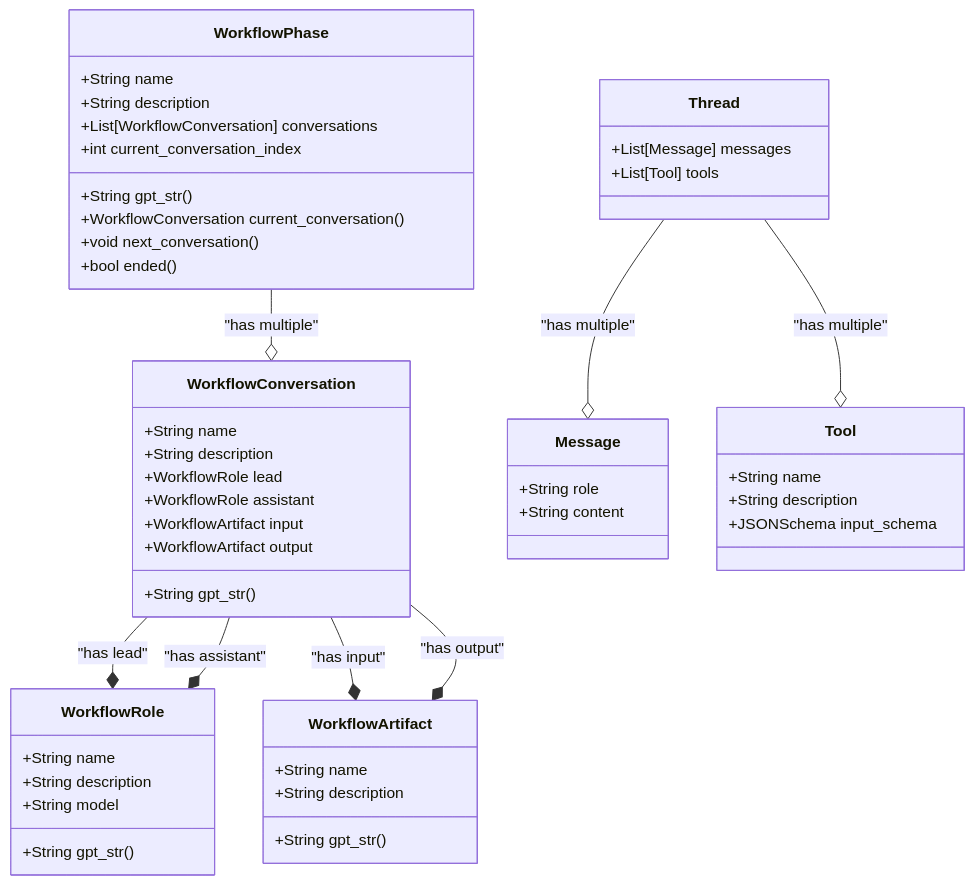
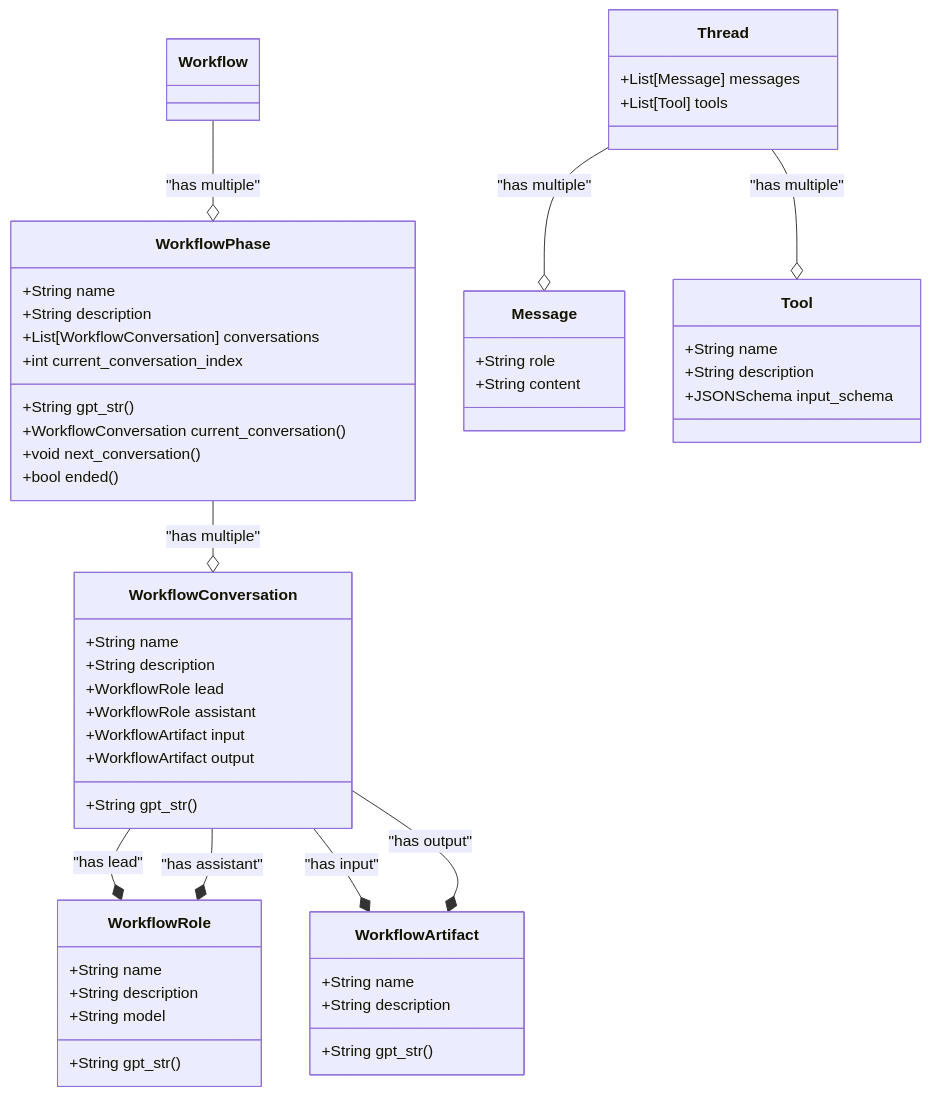
One commit to SKruegel04/chatdev changed the second of 2 diagrams in docs/entities.md. Above: the diagram before and after it, drawn with Mermaid. The commit also changed other lines of this file and 30 other files, not shown here.

````diff
--- a/docs/entities.md
+++ b/docs/entities.md
@@ -18,63 +18,64 @@
 ```mermaid
 classDiagram
 
     class WorkflowRole {
         +String name
         +String description
         +String model
         +String gpt_str()
     }
 
     class WorkflowArtifact {
         +String name
         +String description
         +String gpt_str()
     }
 
     class WorkflowConversation {
         +String name
         +String description
         +WorkflowRole lead
         +WorkflowRole assistant
         +WorkflowArtifact input
         +WorkflowArtifact output
         +String gpt_str()
     }
 
     class WorkflowPhase {
         +String name
         +String description
         +List[WorkflowConversation] conversations
         +int current_conversation_index
         +String gpt_str()
         +WorkflowConversation current_conversation()
         +void next_conversation()
         +bool ended()
     }
 
     class Thread {
         +List[Message] messages
         +List[Tool] tools
     }
 
     class Message {
         +String role
         +String content
     }
 
     class Tool {
         +String name
         +String description
         +JSONSchema input_schema
     }
 
     WorkflowConversation --* WorkflowRole : "has lead"
     WorkflowConversation --* WorkflowRole : "has assistant"
     WorkflowConversation --* WorkflowArtifact : "has input"
     WorkflowConversation --* WorkflowArtifact : "has output"
 
     WorkflowPhase --o WorkflowConversation : "has multiple"
+    Workflow --o WorkflowPhase : "has multiple"
 
     Thread --o Message : "has multiple"
     Thread --o Tool : "has multiple"
 ```
````
